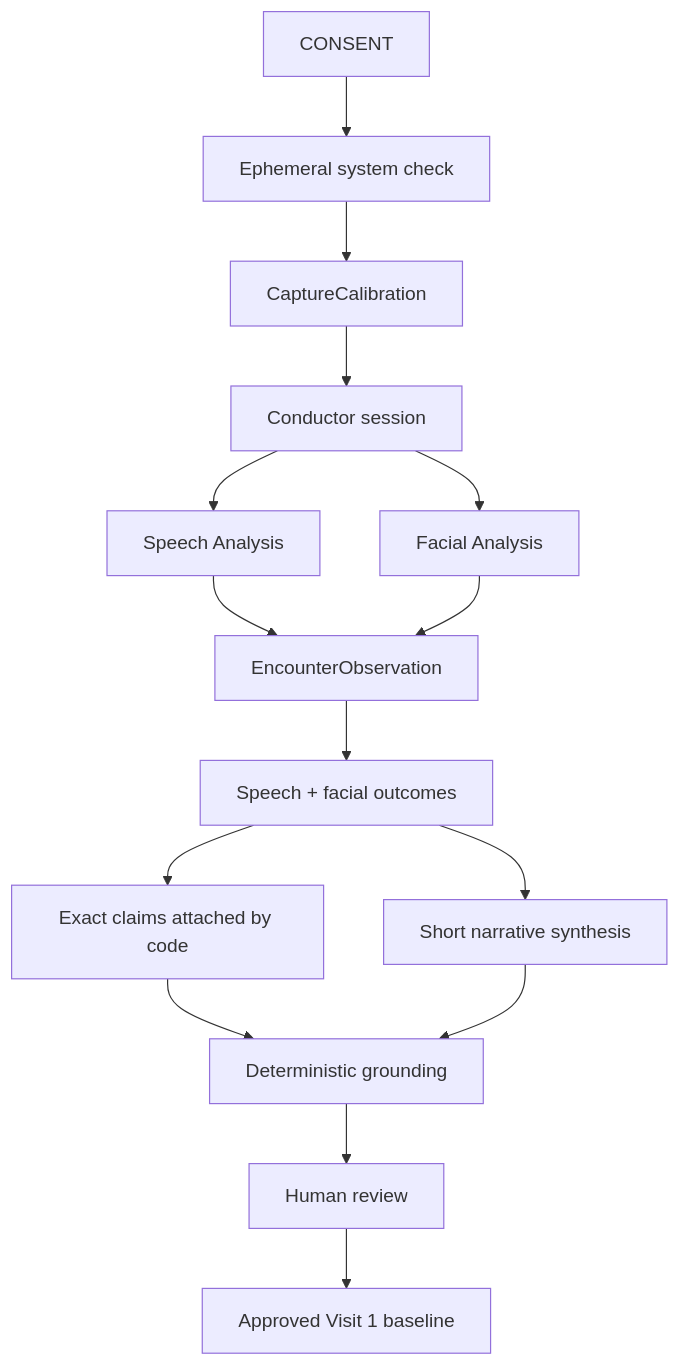
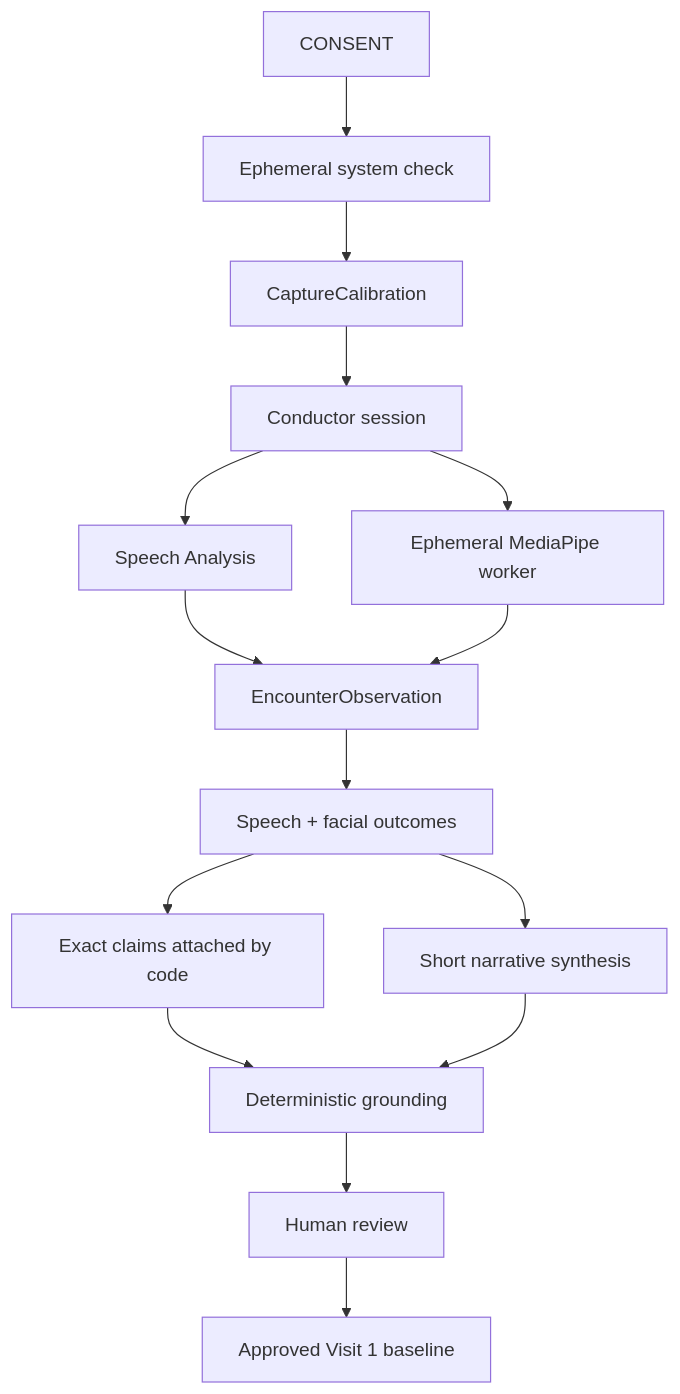
The second of 2 diagrams in docs/architecture.md (logannye/neurotrax), drawn with Mermaid before and after one commit. The commit also changed other lines of this file and 72 other files, not shown here.

````diff
--- a/docs/architecture.md
+++ b/docs/architecture.md
@@ -152,17 +186,17 @@
 ```mermaid
 flowchart TD
     CONSENT --> CHECK["Ephemeral system check"]
     CHECK --> CAL["CaptureCalibration"]
     CAL --> SESSION["Conductor session"]
     SESSION --> AUDIO["Speech Analysis"]
-    SESSION --> FACE["Facial Analysis"]
+    SESSION --> FACE["Ephemeral MediaPipe worker"]
     AUDIO --> OBS["EncounterObservation"]
     FACE --> OBS
     OBS --> FACTS["Speech + facial outcomes"]
     FACTS --> CLAIMS["Exact claims attached by code"]
     FACTS --> NARRATIVE["Short narrative synthesis"]
     CLAIMS --> GROUND["Deterministic grounding"]
     NARRATIVE --> GROUND
     GROUND --> REVIEW["Human review"]
     REVIEW --> BASELINE["Approved Visit 1 baseline"]
 ```
````
